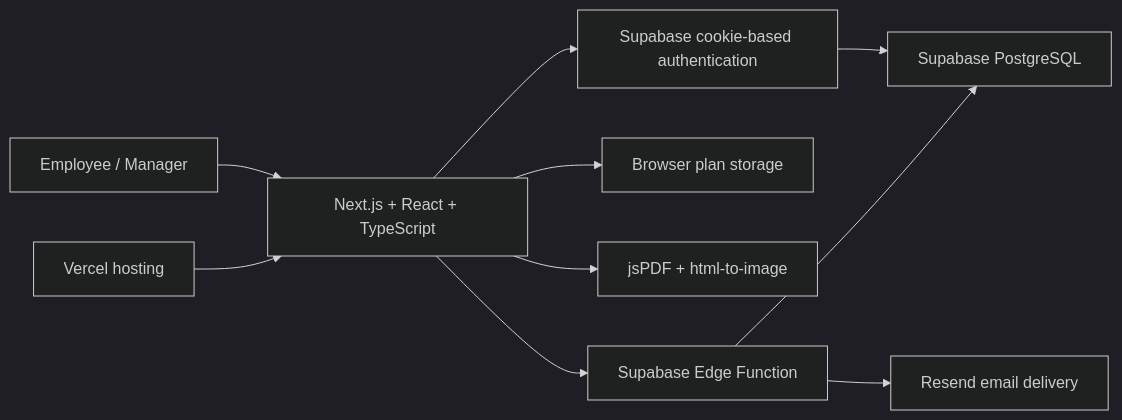
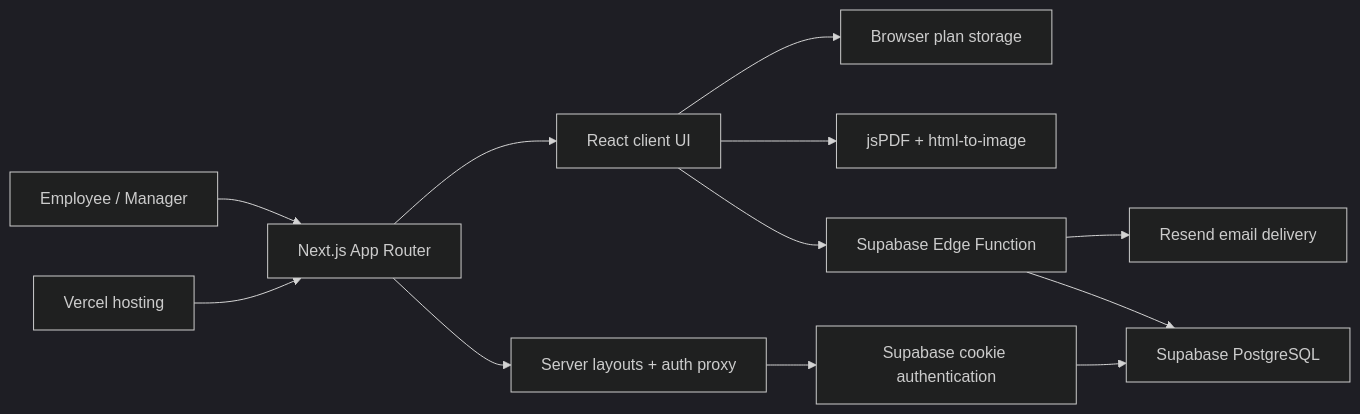
Before and after one commit to mateen9ostech-hash/OakBoard-Employee-Onboarding-Form: the diagram in README.md, drawn with Mermaid (dark theme). The commit also changed other lines of this file and 4 other files, not shown here.

````diff
--- a/README.md
+++ b/README.md
@@ -9,12 +9,14 @@
 ```mermaid
 flowchart LR
-    User["Employee / Manager"] --> UI["Next.js + React + TypeScript"]
-    UI --> Auth["Supabase cookie-based authentication"]
-    UI --> Storage["Browser plan storage"]
-    UI --> PDF["jsPDF + html-to-image"]
-    UI --> Function["Supabase Edge Function"]
+    User["Employee / Manager"] --> App["Next.js App Router"]
+    Vercel["Vercel hosting"] --> App
+    App --> Client["React client UI"]
+    App --> Server["Server layouts + auth proxy"]
+    Client --> Storage["Browser plan storage"]
+    Client --> PDF["jsPDF + html-to-image"]
+    Client --> Function["Supabase Edge Function"]
+    Server --> Auth["Supabase cookie authentication"]
     Function --> Resend["Resend email delivery"]
     Auth --> PostgreSQL["Supabase PostgreSQL"]
     Function --> PostgreSQL
-    Vercel["Vercel hosting"] --> UI
 ```
````
